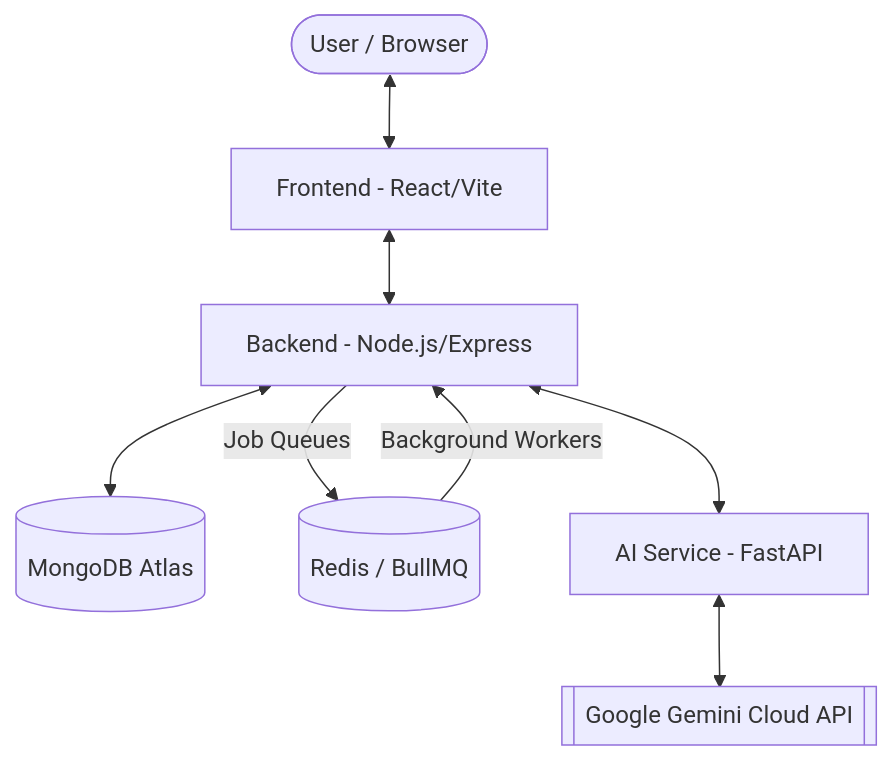
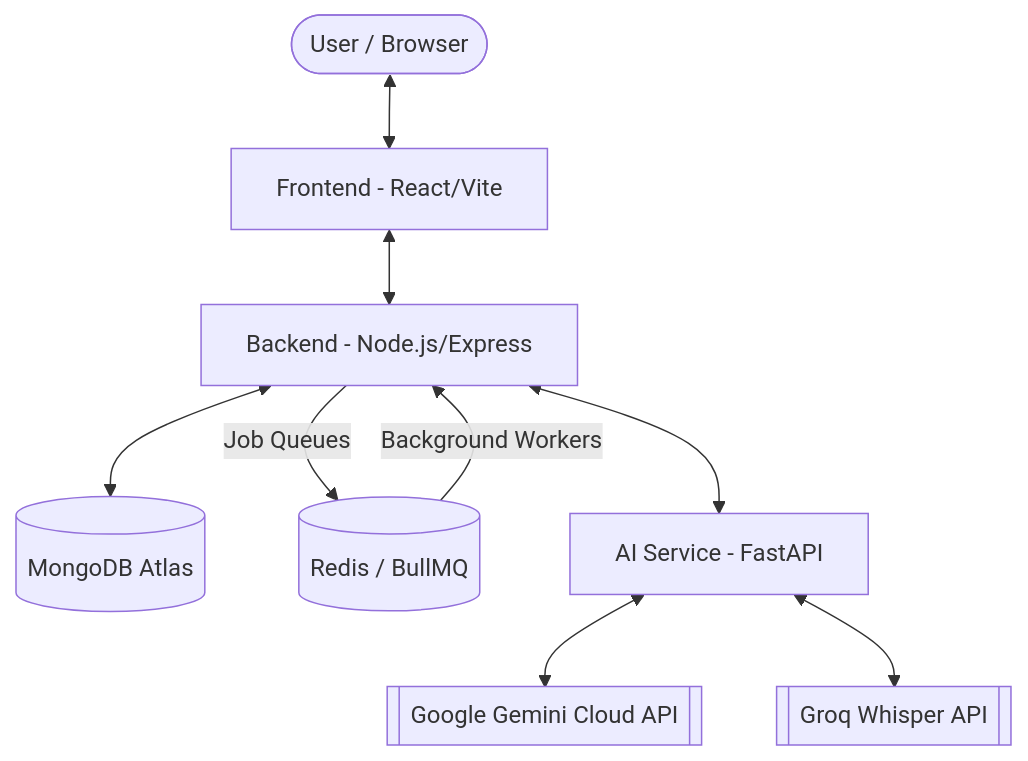
One commit to Arnab27622/AI-Interviewer changed the diagram in README.md. Above: the diagram before and after it, drawn with Mermaid. The commit also changed other lines of this file and 5 other files, not shown here.

Commit message:
Fix: shifted the voice transcription from gemini to groq's whisper model

````diff
--- a/README.md
+++ b/README.md
@@ -11,10 +11,11 @@
 ```mermaid
 graph TD
     User([User / Browser]) <--> Frontend[Frontend - React/Vite]
     Frontend <--> Backend[Backend - Node.js/Express]
     Backend <--> MongoDB[(MongoDB Atlas)]
     Backend -- Job Queues --> Redis[(Redis / BullMQ)]
     Redis -- Background Workers --> Backend
     Backend <--> AIService[AI Service - FastAPI]
     AIService <--> Gemini[[Google Gemini Cloud API]]
+    AIService <--> Groq[[Groq Whisper API]]
 ```
````
